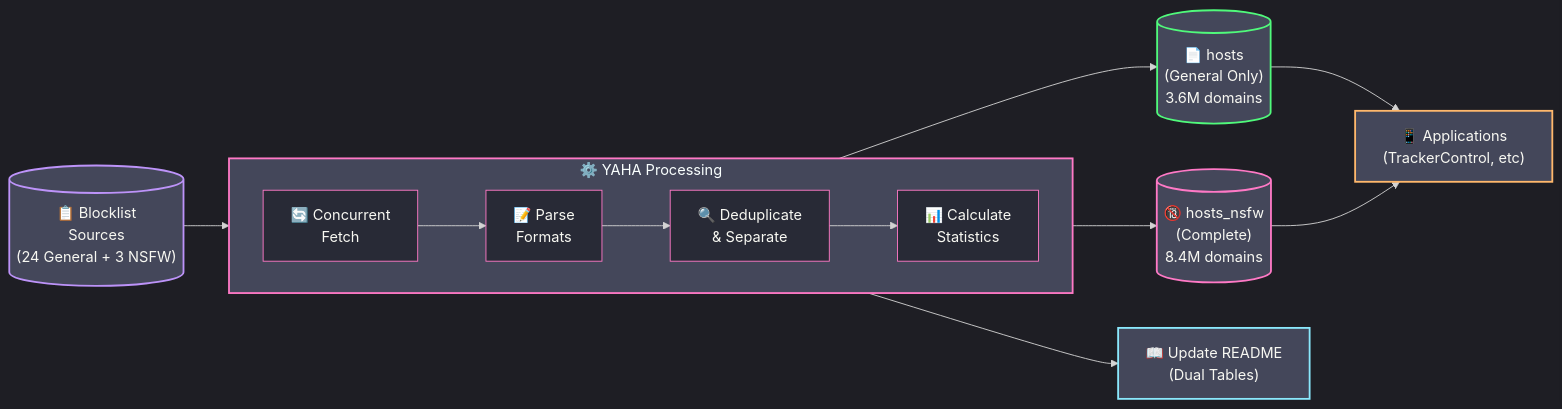
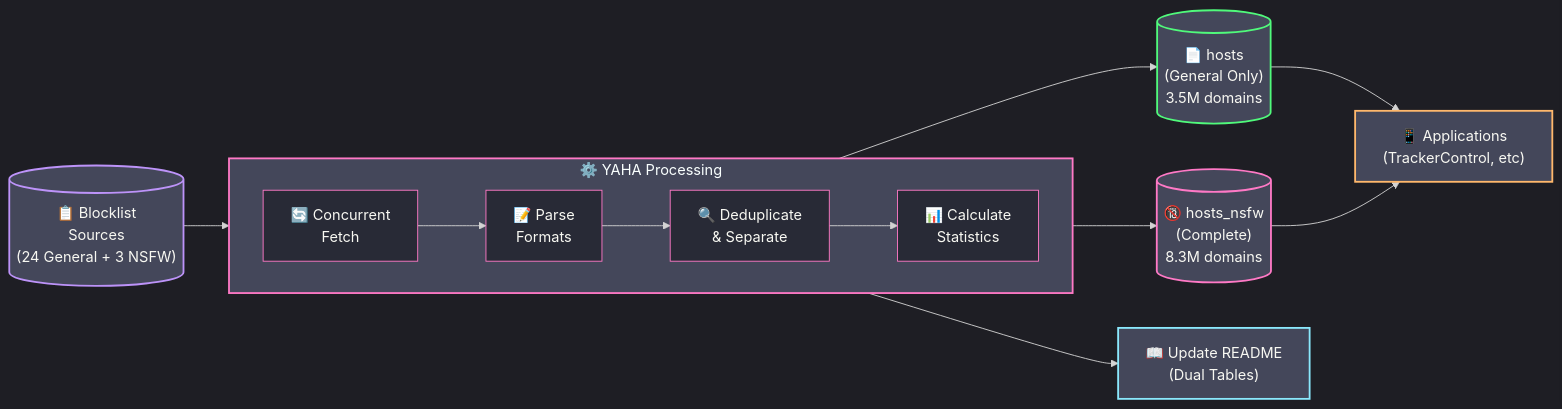
One commit to scottdraper8/yaha changed the diagram in README.md. Above: the diagram before and after it, drawn with Mermaid. The commit also changed other lines of this file, not shown here.

Commit message:
Update blocklist stats: 3486862 general / 8317123 with NSFW [automated]

````diff
--- a/README.md
+++ b/README.md
@@ -42,35 +42,35 @@
 ```mermaid
 %%{init: {'theme': 'dark', 'themeVariables': {
     'primaryColor': '#ff79c6',
     'secondaryColor': '#bd93f9',
     'tertiaryColor': '#44475a',
     'mainBkg': '#282a36',
     'nodeBorder': '#ff79c6',
     'clusterBkg': '#44475a',
     'clusterBorder': '#bd93f9',
     'textColor': '#f8f8f2'
 }}}%%
 flowchart LR
     Sources[("📋 Blocklist<br/>Sources<br/>(24 General + 3 NSFW)")] --> Fetch
 
     subgraph Process["⚙️ YAHA Processing"]
         direction LR
         Fetch["🔄 Concurrent<br/>Fetch"] --> Parse["📝 Parse<br/>Formats"]
         Parse --> Dedupe["🔍 Deduplicate<br/>& Separate"]
         Dedupe --> Stats["📊 Calculate<br/>Statistics"]
     end
 
-    Stats --> Output1[("📄 hosts<br/>(General Only)<br/>3.6M domains")]
-    Stats --> Output2[("🔞 hosts_nsfw<br/>(Complete)<br/>8.4M domains")]
+    Stats --> Output1[("📄 hosts<br/>(General Only)<br/>3.5M domains")]
+    Stats --> Output2[("🔞 hosts_nsfw<br/>(Complete)<br/>8.3M domains")]
     Stats --> README["📖 Update README<br/>(Dual Tables)"]
 
     Output1 --> Apps["📱 Applications<br/>(TrackerControl, etc)"]
     Output2 --> Apps
 
     style Sources fill:#44475a,stroke:#bd93f9,stroke-width:2px
     style Process fill:#44475a,stroke:#ff79c6,stroke-width:2px
     style Output1 fill:#44475a,stroke:#50fa7b,stroke-width:2px
     style Output2 fill:#44475a,stroke:#ff79c6,stroke-width:2px
     style README fill:#44475a,stroke:#8be9fd,stroke-width:2px
     style Apps fill:#44475a,stroke:#ffb86c,stroke-width:2px
 ```
````
